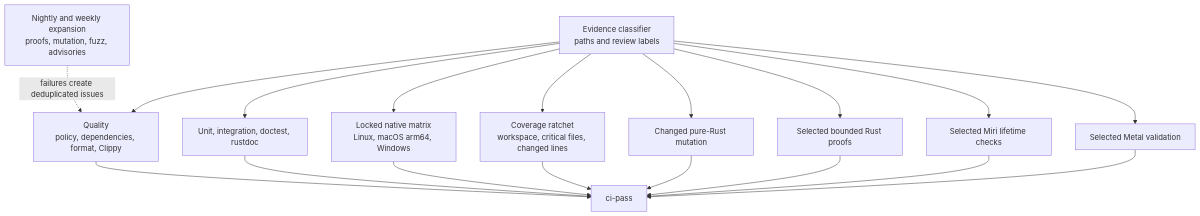
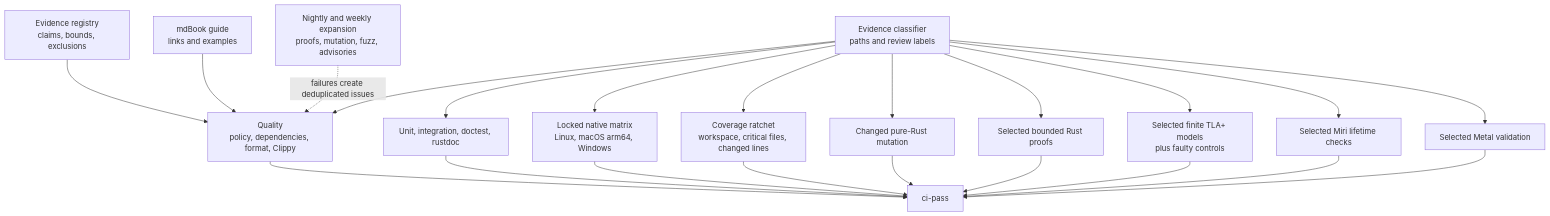
The seventh of 7 diagrams in ARCHITECTURE.md (dbuddha/alpine-gpui), drawn with Mermaid before and after one commit. The commit also changed other lines of this file and 68 other files, not shown here.

````diff
--- a/ARCHITECTURE.md
+++ b/ARCHITECTURE.md
@@ -185,32 +195,39 @@
 ```mermaid
 flowchart TB
     classify["Evidence classifier<br/>paths and review labels"]
     policy["Quality<br/>policy, dependencies, format, Clippy"]
     unit["Unit, integration, doctest, rustdoc"]
     native["Locked native matrix<br/>Linux, macOS arm64, Windows"]
     coverage["Coverage ratchet<br/>workspace, critical files, changed lines"]
     mutation["Changed pure-Rust mutation"]
     kani["Selected bounded Rust proofs"]
+    tla["Selected finite TLA+ models<br/>plus faulty controls"]
+    registry["Evidence registry<br/>claims, bounds, exclusions"]
+    guide["mdBook guide<br/>links and examples"]
     miri["Selected Miri lifetime checks"]
     metal["Selected Metal validation"]
     aggregate["ci-pass"]
     scheduled["Nightly and weekly expansion<br/>proofs, mutation, fuzz, advisories"]
 
     classify --> policy
     classify --> unit
     classify --> native
     classify --> coverage
     classify --> mutation
     classify --> kani
+    classify --> tla
     classify --> miri
     classify --> metal
     policy --> aggregate
     unit --> aggregate
     native --> aggregate
     coverage --> aggregate
     mutation --> aggregate
     kani --> aggregate
     miri --> aggregate
     metal --> aggregate
+    registry --> policy
+    guide --> policy
+    tla --> aggregate
     scheduled -. "failures create deduplicated issues" .-> policy
 ```
````
